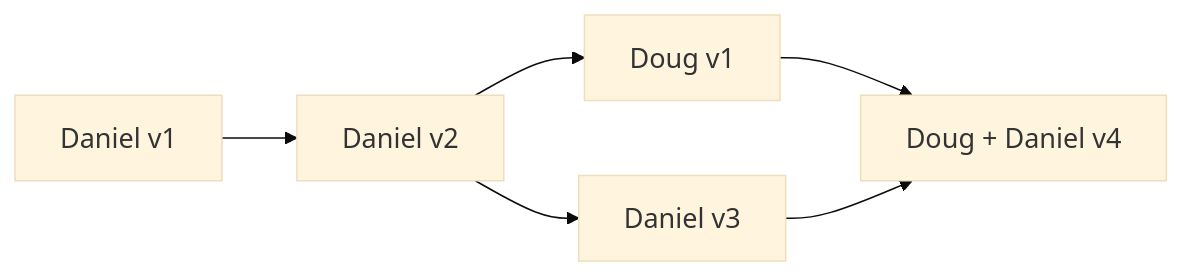
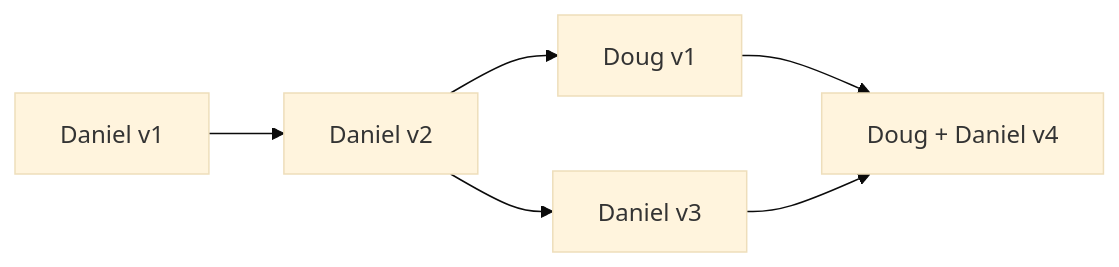
One commit to openstatsware/shortcourse-iscb2025 changed the first of 6 diagrams in slides/05_collaboration.qmd. Above: the diagram before and after it, drawn with Mermaid (base theme). The commit also changed other lines of this file and 3 other files, not shown here.

````diff
--- a/slides/05_collaboration.qmd
+++ b/slides/05_collaboration.qmd
@@ -72,8 +73,8 @@
 ```{mermaid}
 flowchart LR
-  A[<font size=4> Daniel v1] --> B[<font size=4> Daniel v2]
-  B --> C[<font size=4> Daniel v3]
-  B --> D[<font size=4> Doug v1]
-  D --> E[<font size=4> Doug + Daniel v4]
+  A[Daniel v1] --> B[Daniel v2]
+  B --> C[Daniel v3]
+  B --> D[Doug v1]
+  D --> E[Doug + Daniel v4]
   C --> E
 ```
````
